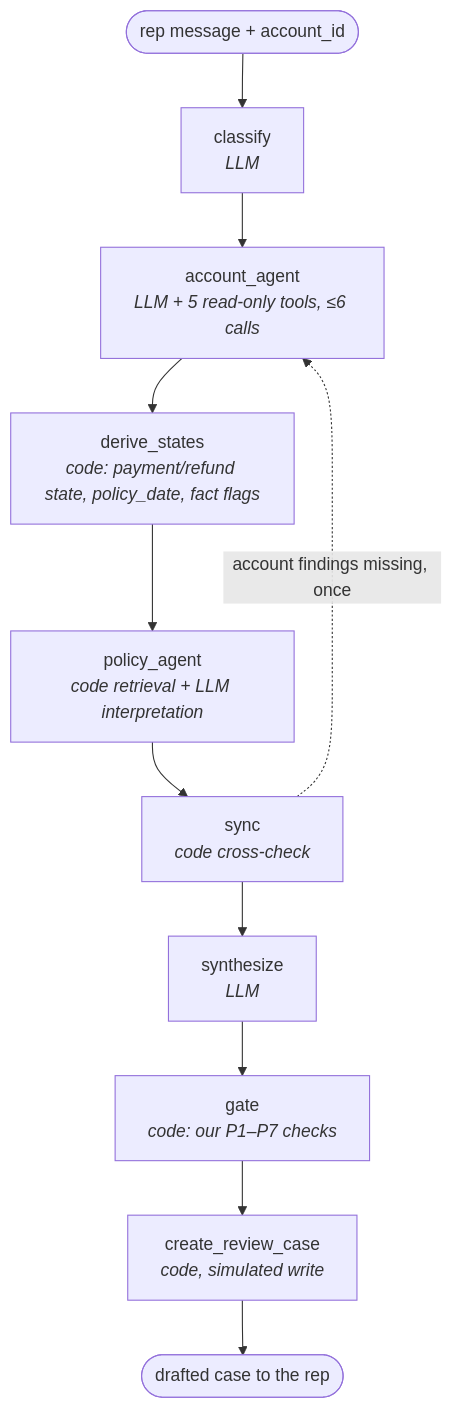
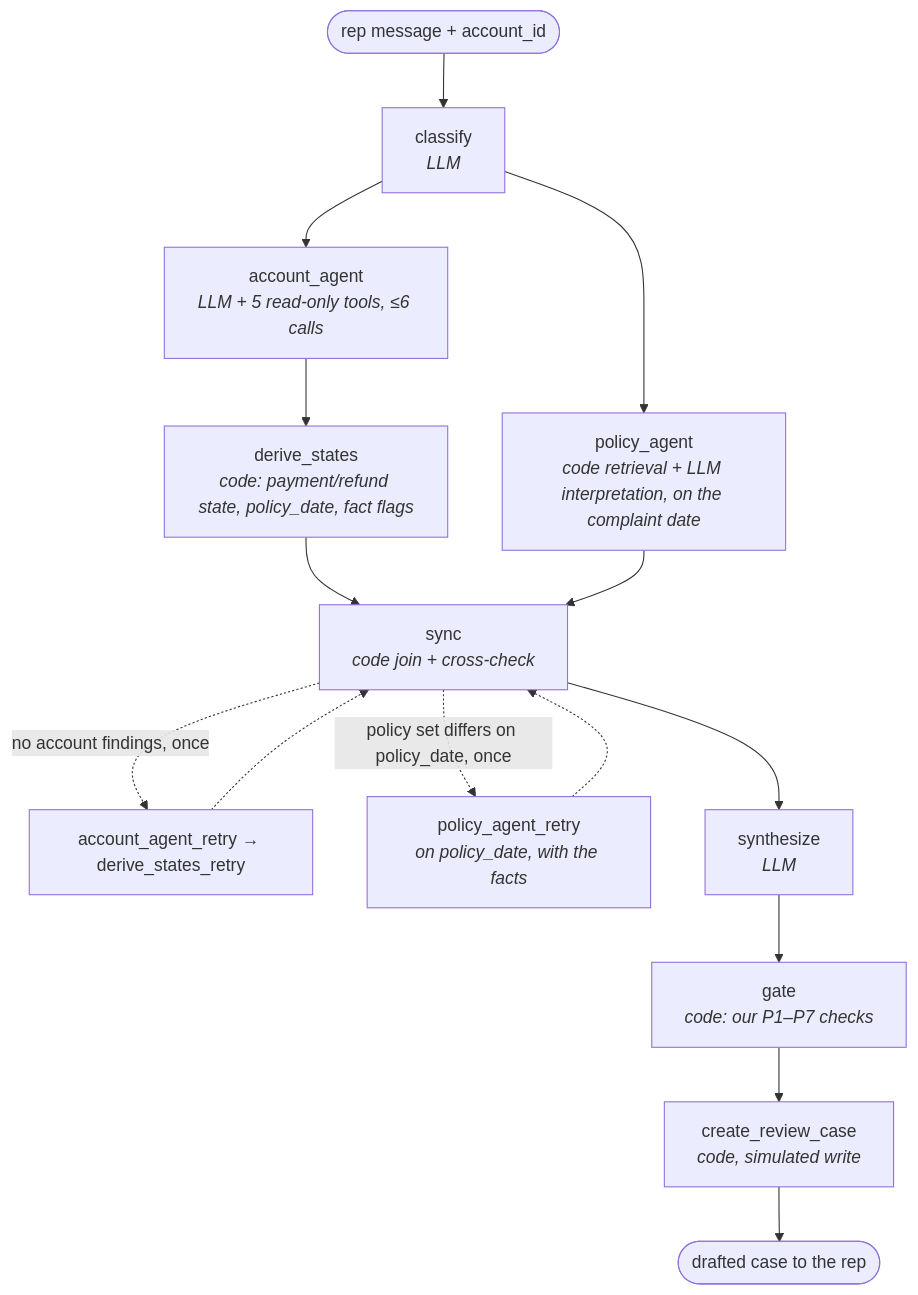
The diagram in docs/architecture.md (ragarwal23/focused-dispute-agent), drawn with Mermaid before and after one commit. The commit also changed other lines of this file and 24 other files, not shown here.

````diff
--- a/docs/architecture.md
+++ b/docs/architecture.md
@@ -31,13 +31,17 @@
 ```mermaid
 flowchart TD
     START([rep message + account_id]) --> classify["classify<br/><i>LLM</i>"]
     classify --> account_agent["account_agent<br/><i>LLM + 5 read-only tools, ≤6 calls</i>"]
+    classify --> policy_agent["policy_agent<br/><i>code retrieval + LLM interpretation, on the complaint date</i>"]
     account_agent --> derive_states["derive_states<br/><i>code: payment/refund state, policy_date, fact flags</i>"]
-    derive_states --> policy_agent["policy_agent<br/><i>code retrieval + LLM interpretation</i>"]
-    policy_agent --> sync["sync<br/><i>code cross-check</i>"]
-    sync -.->|account findings missing, once| account_agent
+    derive_states --> sync["sync<br/><i>code join + cross-check</i>"]
+    policy_agent --> sync
+    sync -.->|no account findings, once| account_agent_retry["account_agent_retry → derive_states_retry"]
+    account_agent_retry -.-> sync
+    sync -.->|policy set differs on policy_date, once| policy_agent_retry["policy_agent_retry<br/><i>on policy_date, with the facts</i>"]
+    policy_agent_retry -.-> sync
     sync --> synthesize["synthesize<br/><i>LLM</i>"]
     synthesize --> gate["gate<br/><i>code: our P1–P7 checks</i>"]
     gate --> create_review_case["create_review_case<br/><i>code, simulated write</i>"]
     create_review_case --> END([drafted case to the rep])
 ```
````
